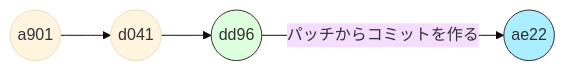
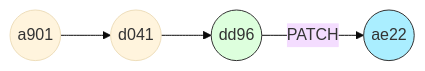
Before and after one commit to sugitlab/git_workshop_slidev: diagram 31 of 36 in slides.md, drawn with Mermaid (base theme). The commit also changed other lines of this file, not shown here.

````diff
--- a/slides.md
+++ b/slides.md
@@ -1806,10 +1956,10 @@
 ```mermaid
 graph LR
-  c01((a901))
-  c02((d041))
-  c03((dd96))
-  c04((ae22))
-  style c03 fill:#dfd,stroke:#333,stroke-width:1px
-  style c04 fill:#aef,stroke:#333,stroke-width:1px
-  c01 --> c02 --> c03 -- パッチからコミットを作る --> c04
+  f01((a901))
+  f02((d041))
+  f03((dd96))
+  f04((ae22))
+  style f03 fill:#dfd,stroke:#333,stroke-width:1px
+  style f04 fill:#aef,stroke:#333,stroke-width:1px
+  f01 --> f02 --> f03 --PATCH--> f04
 ```
````
